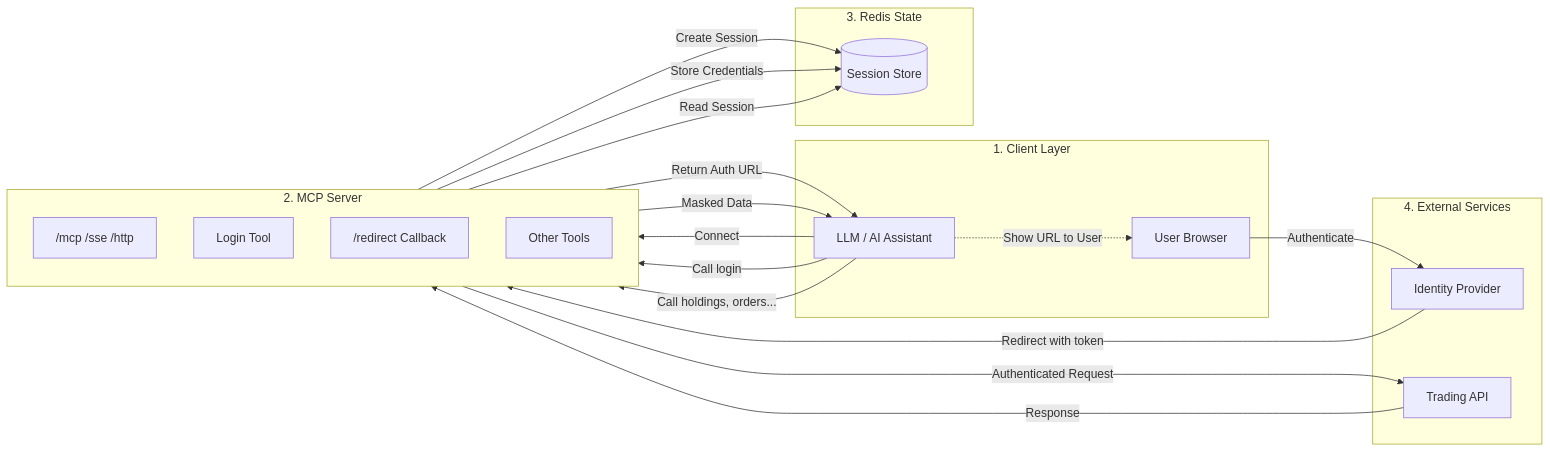
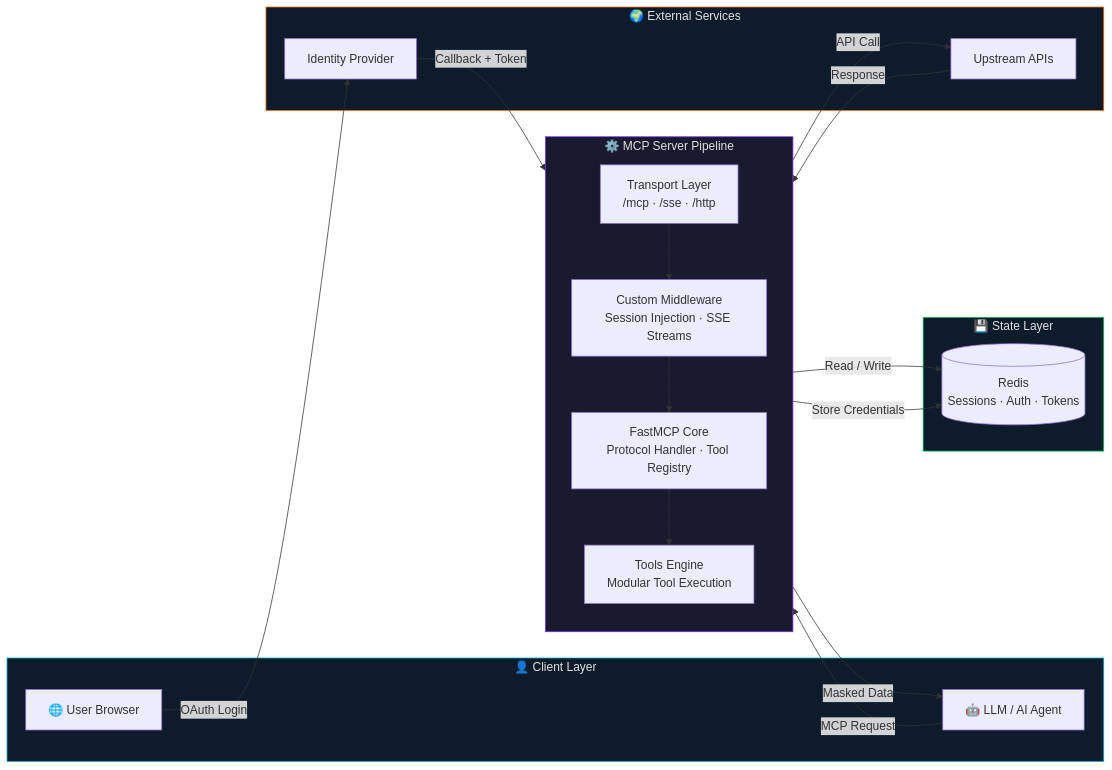
One commit to shubhamauti9/model-context-protocol changed the first of 3 diagrams in README.md. Above: the diagram before and after it, drawn with Mermaid. The commit also changed other lines of this file, not shown here.

````diff
--- a/README.md
+++ b/README.md
@@ -49,39 +64,41 @@
 ```mermaid
 flowchart LR
-    subgraph CLIENT["1. Client Layer"]
-        LLM[LLM / AI Assistant]
-        Browser[User Browser]
+    subgraph CLIENTS["👤 Client Layer"]
+        LLM["🤖 LLM / AI Agent"]
+        Browser["🌐 User Browser"]
     end
 
-    subgraph MCP["2. MCP Server"]
+    subgraph MCP_SERVER["⚙️ MCP Server Pipeline"]
         direction TB
-        Entry["/mcp  /sse  /http"]
-        Login[Login Tool]
-        Callback["/redirect Callback"]
-        Tools[Other Tools]
+        Transport["Transport Layer<br/>/mcp · /sse · /http"]
+        Middleware["Custom Middleware<br/>Session Injection · SSE Streams"]
+        Core["FastMCP Core<br/>Protocol Handler · Tool Registry"]
+        Tools["Tools Engine<br/>Modular Tool Execution"]
     end
 
-    subgraph STATE["3. Redis State"]
-        Session[(Session Store)]
+    subgraph STATE["💾 State Layer"]
+        Redis[("Redis<br/>Sessions · Auth · Tokens")]
     end
 
-    subgraph EXTERNAL["4. External Services"]
-        IDP[Identity Provider]
-        API[Trading API]
+    subgraph EXTERNAL["🌍 External Services"]
+        IDP["Identity Provider"]
+        API["Upstream APIs"]
     end
 
-    %% Main Flow
-    LLM -->|Connect| Entry
-    Entry -->|Create Session| Session
-    LLM -->|Call login| Login
-    Login -->|Return Auth URL| LLM
-    LLM -.->|Show URL to User| Browser
-    Browser -->|Authenticate| IDP
-    IDP -->|Redirect with token| Callback
-    Callback -->|Store Credentials| Session
-    LLM -->|Call holdings, orders...| Tools
-    Tools -->|Read Session| Session
-    Tools -->|Authenticated Request| API
-    API -->|Response| Tools
-    Tools -->|Masked Data| LLM
+    LLM -->|"MCP Request"| Transport
+    Transport --> Middleware
+    Middleware -->|"Read / Write"| Redis
+    Middleware --> Core
+    Core --> Tools
+    Tools -->|"API Call"| API
+    API -->|"Response"| Tools
+    Tools -->|"Masked Data"| LLM
+    Browser -->|"OAuth Login"| IDP
+    IDP -->|"Callback + Token"| Middleware
+    Middleware -->|"Store Credentials"| Redis
+
+    style CLIENTS fill:#0d1b2a,stroke:#00b4d8,color:#e0e0e0
+    style MCP_SERVER fill:#1a1a2e,stroke:#7b2ff7,color:#e0e0e0
+    style STATE fill:#0d1b2a,stroke:#00c853,color:#e0e0e0
+    style EXTERNAL fill:#0d1b2a,stroke:#ff6d00,color:#e0e0e0
 ```
````
